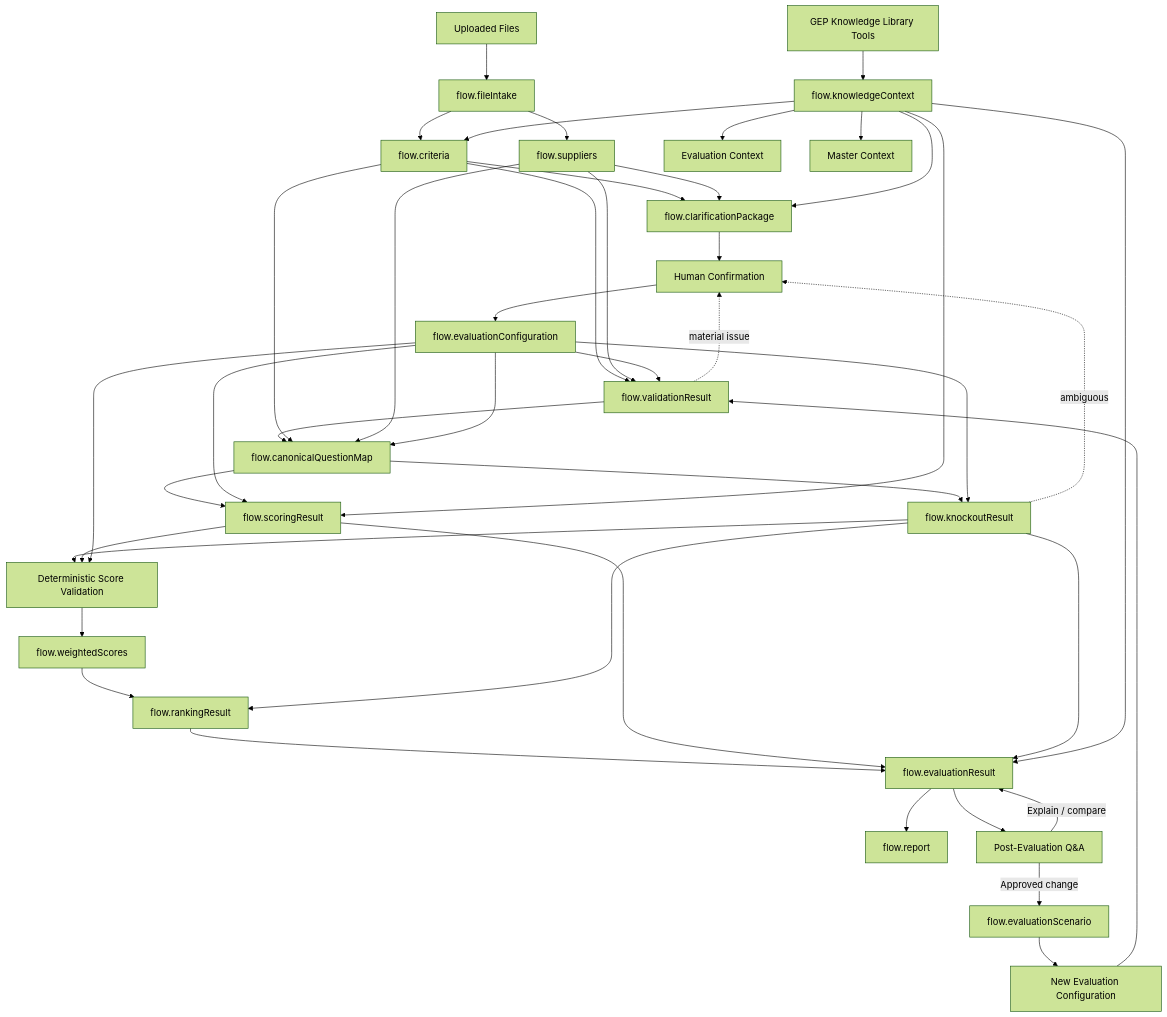
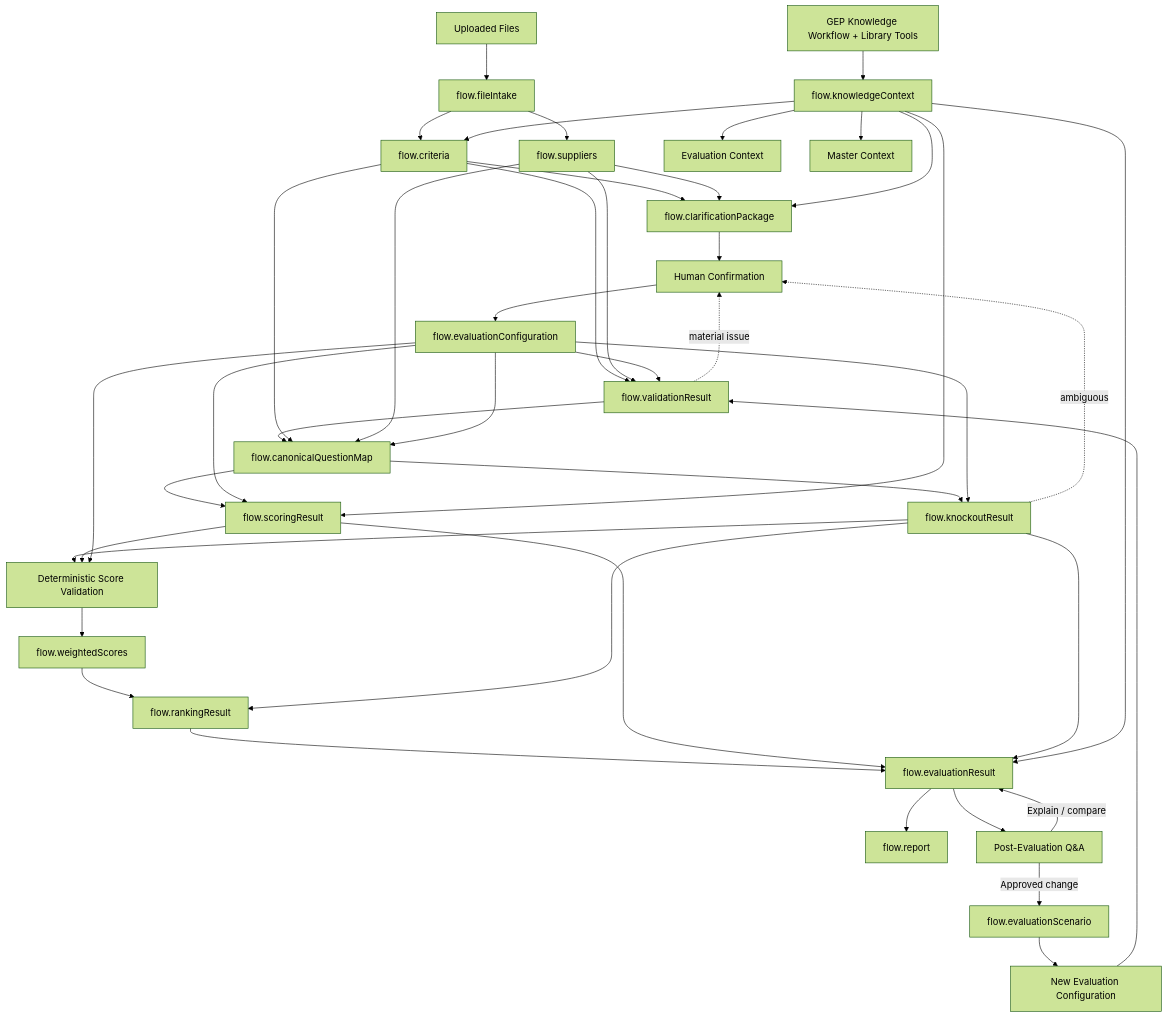
The diagram in Bid Analysis Agent/08 – Flow Variables.md (adityarane-ai/Agentic-Orchestrations), drawn with Mermaid (forest theme) before and after one commit. The commit also changed other lines of this file, not shown here.

Commit message:
Clarify Flow Variable document as business contract vs runtime-proven behaviour

````diff
--- a/Bid Analysis Agent/08 – Flow Variables.md
+++ b/Bid Analysis Agent/08 – Flow Variables.md
@@ -13,54 +15,54 @@
 ```mermaid
 flowchart TD
     FILES[Uploaded Files] --> FI[flow.fileIntake]
     FI --> CRIT[flow.criteria]
     FI --> SUP[flow.suppliers]
 
-    KL[GEP Knowledge Library Tools] --> KC[flow.knowledgeContext]
+    KL[GEP Knowledge Workflow + Library Tools] --> KC[flow.knowledgeContext]
     KC --> CRIT
     KC --> EVALCTX[Evaluation Context]
     KC --> MASTER[Master Context]
 
     CRIT --> CLAR[flow.clarificationPackage]
     SUP --> CLAR
     KC --> CLAR
     CLAR --> HUMAN[Human Confirmation]
     HUMAN --> CFG[flow.evaluationConfiguration]
 
     CRIT --> VAL[flow.validationResult]
     SUP --> VAL
     CFG --> VAL
     VAL --> CAN[flow.canonicalQuestionMap]
     CRIT --> CAN
     SUP --> CAN
     CFG --> CAN
 
     CAN --> SCORE[flow.scoringResult]
     CFG --> SCORE
     KC --> SCORE
 
     CAN --> KO[flow.knockoutResult]
     CFG --> KO
 
     KO --> SCOREVAL[Deterministic Score Validation]
     SCORE --> SCOREVAL
     CFG --> SCOREVAL
     SCOREVAL --> WS[flow.weightedScores]
     WS --> RANK[flow.rankingResult]
     KO --> RANK
 
     RANK --> RESULT[flow.evaluationResult]
     SCORE --> RESULT
     KO --> RESULT
     KC --> RESULT
 
     RESULT --> REPORT[flow.report]
     RESULT --> QA[Post-Evaluation Q&A]
     QA -->|Explain / compare| RESULT
     QA -->|Approved change| SCEN[flow.evaluationScenario]
     SCEN --> CFG2[New Evaluation Configuration]
     CFG2 --> VAL
 
     KO -. ambiguous .-> HUMAN
     VAL -. material issue .-> HUMAN
 ```
````
